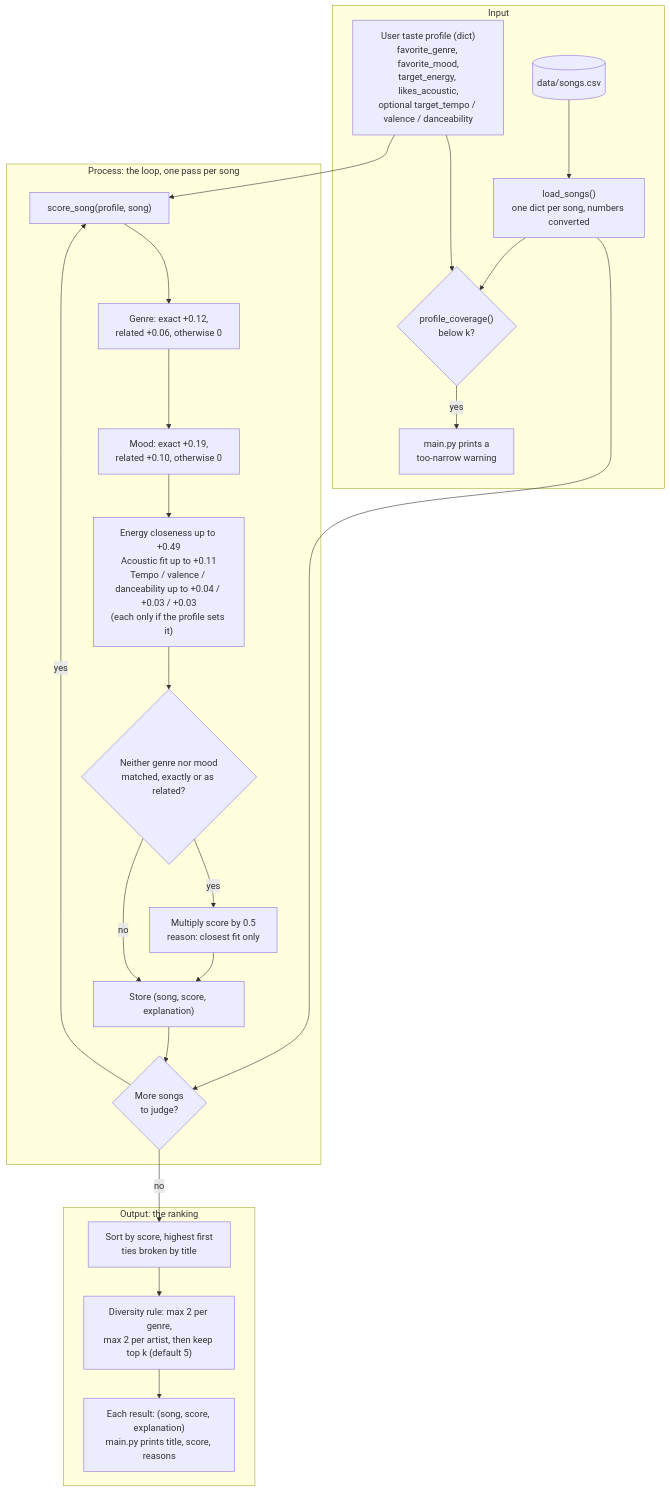
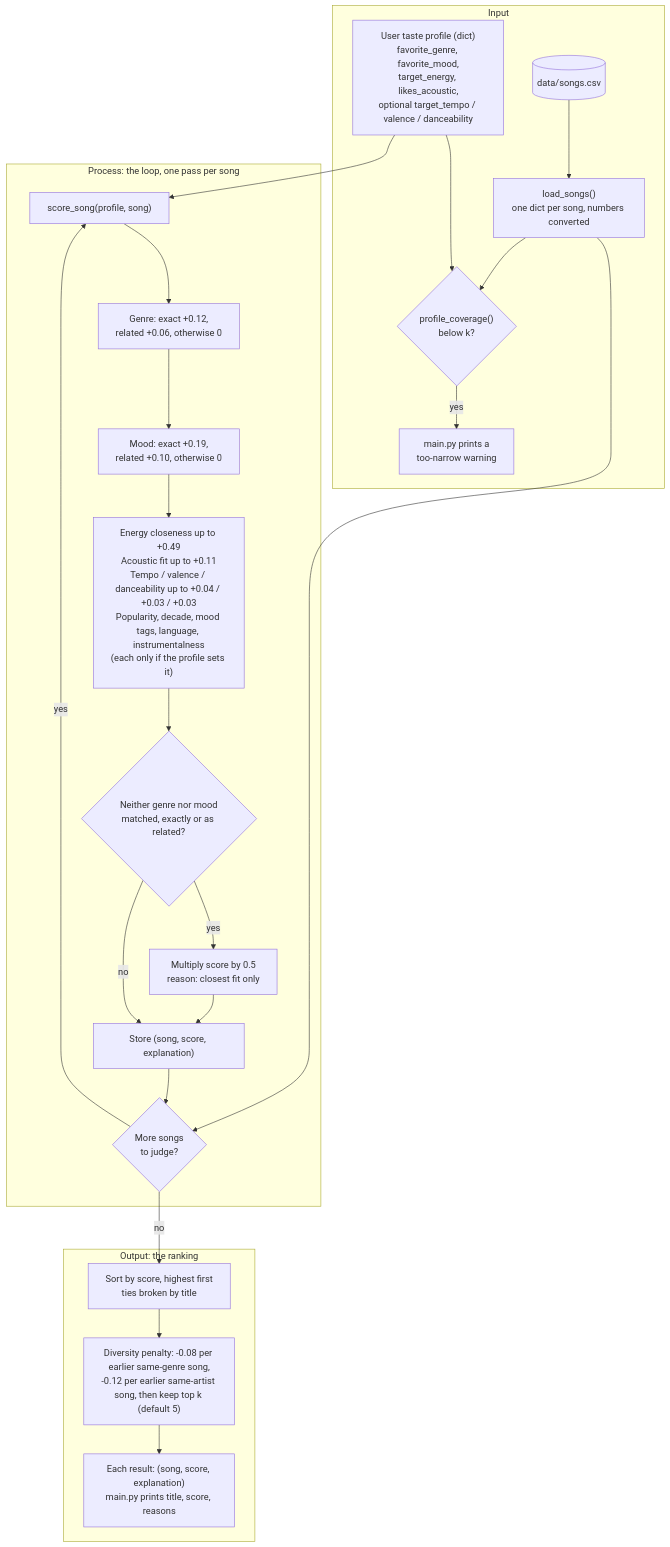
The diagram in README.md (bleewcc1/ai110-module3show-musicrecommendersimulation-starter), drawn with Mermaid before and after one commit. The commit also changed other lines of this file and 11 other files, not shown here.

````diff
--- a/README.md
+++ b/README.md
@@ -57,39 +67,39 @@
 ```mermaid
 flowchart TD
     subgraph INPUT["Input"]
         A["User taste profile (dict)<br/>favorite_genre, favorite_mood,<br/>target_energy, likes_acoustic,<br/>optional target_tempo / valence / danceability"]
         W{"profile_coverage()<br/>below k?"}
         X["main.py prints a<br/>too-narrow warning"]
         A --> W
         W -- yes --> X
         B[("data/songs.csv")]
         B --> C["load_songs()<br/>one dict per song, numbers converted"]
     end
 
     subgraph PROCESS["Process: the loop, one pass per song"]
         D{"More songs<br/>to judge?"}
         E["score_song(profile, song)"]
         F["Genre: exact +0.12,<br/>related +0.06, otherwise 0"]
         G["Mood: exact +0.19,<br/>related +0.10, otherwise 0"]
-        H["Energy closeness up to +0.49<br/>Acoustic fit up to +0.11<br/>Tempo / valence / danceability up to +0.04 / +0.03 / +0.03<br/>(each only if the profile sets it)"]
+        H["Energy closeness up to +0.49<br/>Acoustic fit up to +0.11<br/>Tempo / valence / danceability up to +0.04 / +0.03 / +0.03<br/>Popularity, decade, mood tags, language, instrumentalness<br/>(each only if the profile sets it)"]
         I{"Neither genre nor mood<br/>matched, exactly or as related?"}
         J["Multiply score by 0.5<br/>reason: closest fit only"]
         K["Store (song, score, explanation)"]
         D -- yes --> E --> F --> G --> H --> I
         I -- yes --> J --> K
         I -- no --> K
         K --> D
     end
 
     subgraph OUTPUT["Output: the ranking"]
         L["Sort by score, highest first<br/>ties broken by title"]
-        M["Diversity rule: max 2 per genre,<br/>max 2 per artist, then keep top k (default 5)"]
+        M["Diversity penalty: -0.08 per earlier same-genre song,<br/>-0.12 per earlier same-artist song, then keep top k (default 5)"]
         N["Each result: (song, score, explanation)<br/>main.py prints title, score, reasons"]
         L --> M --> N
     end
 
     A --> E
     C --> D
     C --> W
     D -- no --> L
 ```
````
